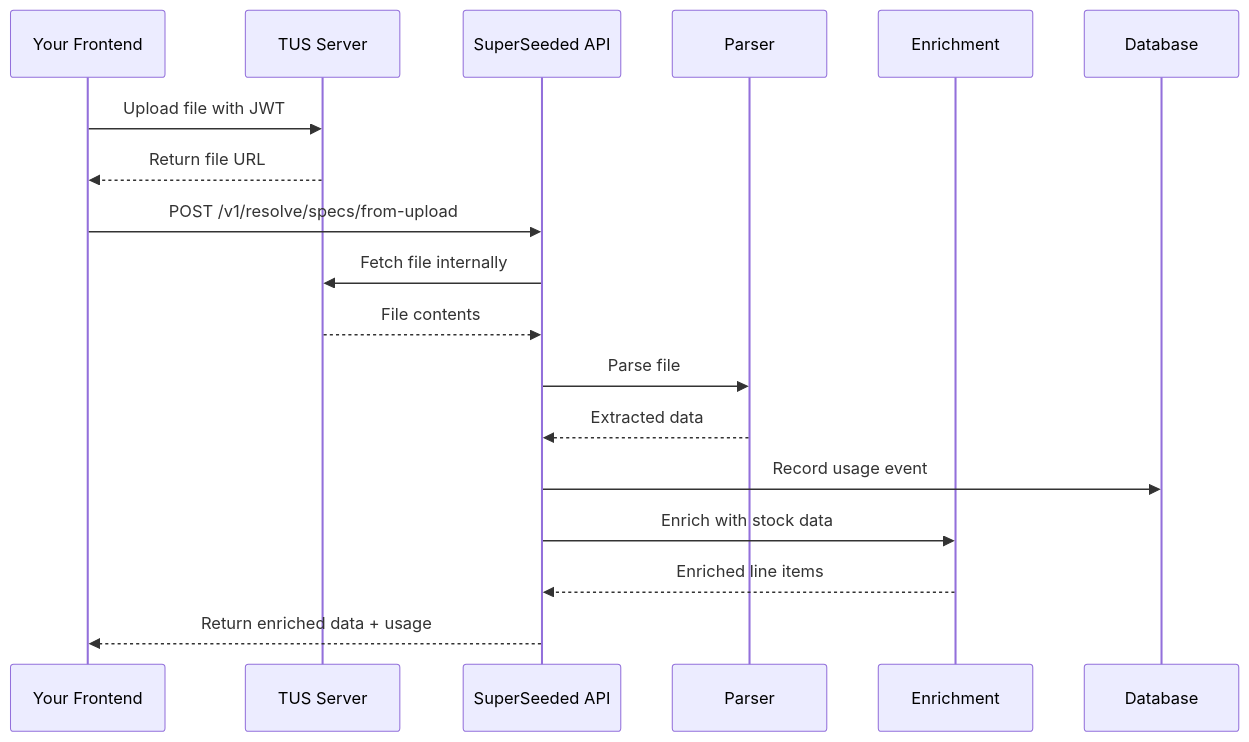
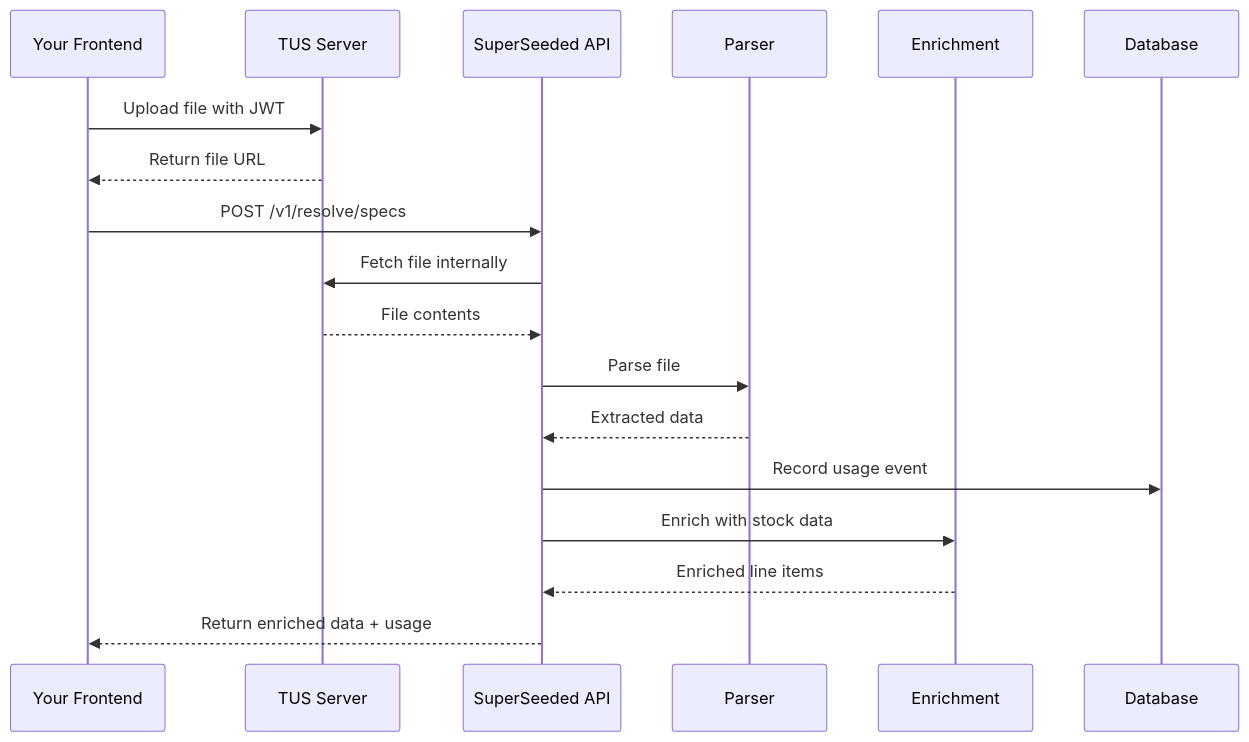
One commit to superseeded/docs changed the diagram in platform-integration/tus-webhook.mdx. Above: the diagram before and after it, drawn with Mermaid. The commit also changed other lines of this file and 9 other files, not shown here.

First line of the commit message:
Refactor resolve-specs endpoint documentation and update integration details

````diff
--- a/platform-integration/tus-webhook.mdx
+++ b/platform-integration/tus-webhook.mdx
@@ -28,21 +28,21 @@
 ```mermaid
 sequenceDiagram
     participant F as Your Frontend
     participant T as TUS Server
     participant A as SuperSeeded API
     participant P as Parser
     participant E as Enrichment
     participant D as Database
     
     F->>T: Upload file with JWT
     T-->>F: Return file URL
-    F->>A: POST /v1/resolve/specs/from-upload
+    F->>A: POST /v1/resolve/specs
     A->>T: Fetch file internally
     T-->>A: File contents
     A->>P: Parse file
     P-->>A: Extracted data
     A->>D: Record usage event
     A->>E: Enrich with stock data
     E-->>A: Enriched line items
     A-->>F: Return enriched data + usage
 ```
````
